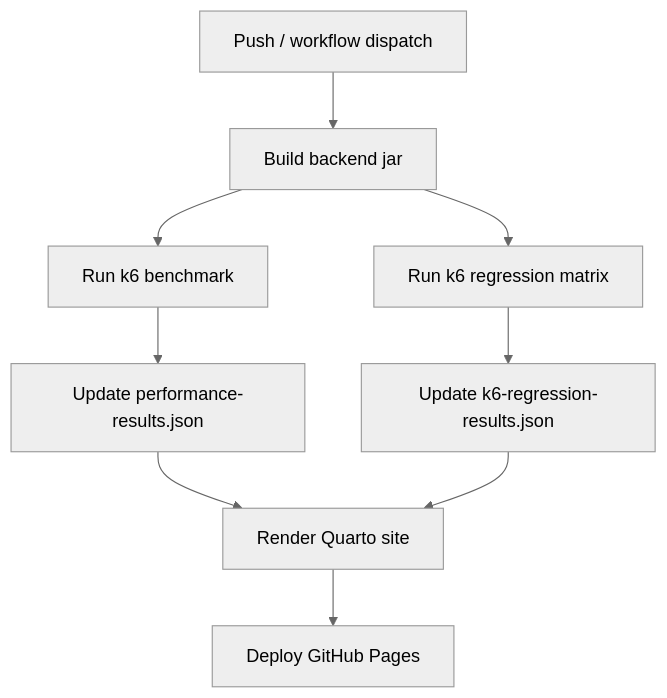
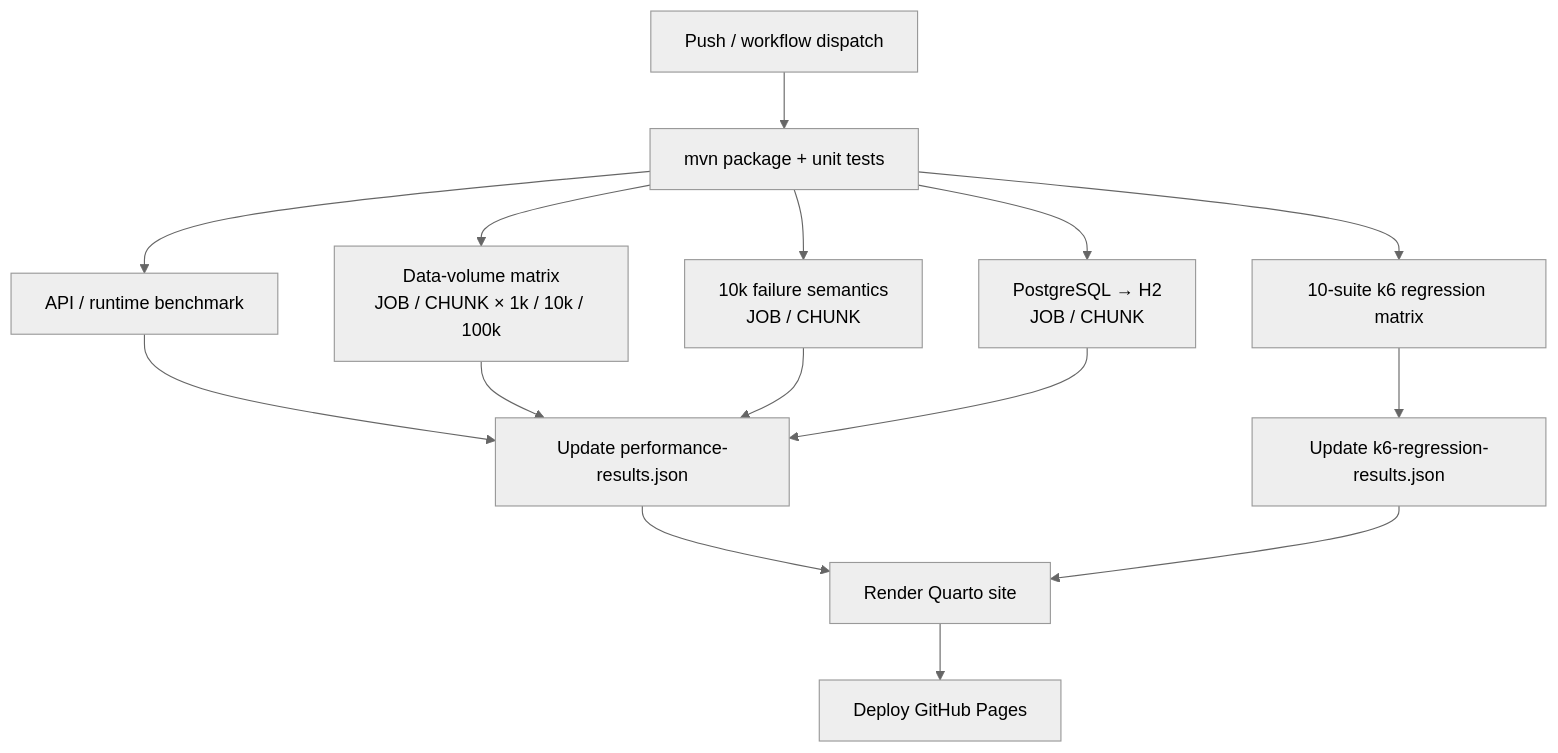
The diagram in quarto/zh-TW/performance.qmd (tibame201020/IrisPipe), drawn with Mermaid (neutral theme) before and after one commit. The commit also changed other lines of this file and 8 other files, not shown here.

````diff
--- a/quarto/zh-TW/performance.qmd
+++ b/quarto/zh-TW/performance.qmd
@@ -80,13 +66,19 @@
 ```{mermaid}
 flowchart TD
-  P["Push / workflow dispatch"] --> B["Build backend jar"]
-  B --> K["Run k6 benchmark"]
-  B --> R["Run k6 regression matrix"]
+  P["Push / workflow dispatch"] --> B["mvn package + unit tests"]
+  B --> A["API / runtime benchmark"]
+  B --> V["Data-volume matrix\nJOB / CHUNK × 1k / 10k / 100k"]
+  B --> F["10k failure semantics\nJOB / CHUNK"]
+  B --> X["PostgreSQL → H2\nJOB / CHUNK"]
+  B --> R["10-suite k6 regression matrix"]
 
-  K --> KP["Update performance-results.json"]
+  A --> KP["Update performance-results.json"]
+  V --> KP
+  F --> KP
+  X --> KP
   R --> RP["Update k6-regression-results.json"]
 
   KP --> Q["Render Quarto site"]
   RP --> Q
   Q --> D["Deploy GitHub Pages"]
 ```
````
